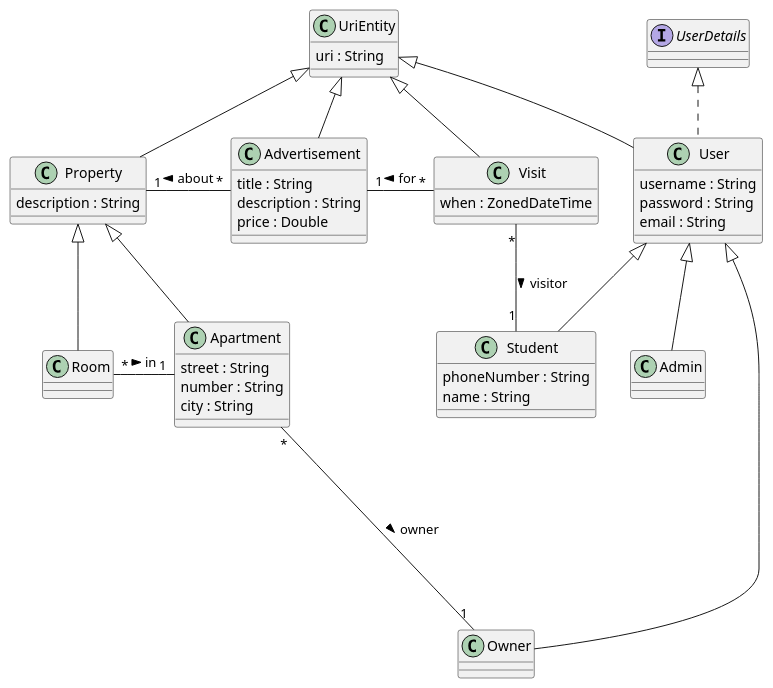
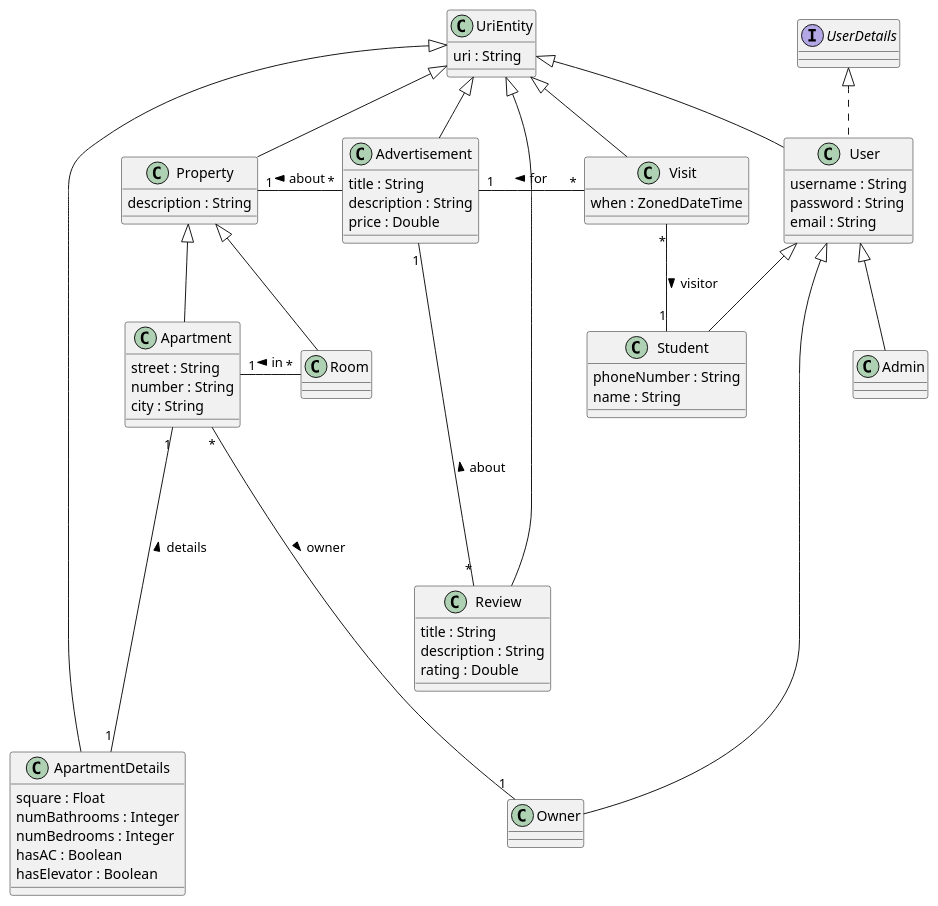
Before and after one commit to UdL-EPS-SoftArch/myapartments-api: the diagram in EntitiesModel.puml, drawn with PlantUML. The commit also changed 1 other file, not shown here.

Commit message:
Update entities model with Review and ApartmentDetails

```diff
--- a/EntitiesModel.puml
+++ b/EntitiesModel.puml
@@ -1,48 +1,64 @@
 @startuml
-
-class User extends UriEntity implements UserDetails {
-    username : String
-    password : String
-    email : String
-}
 
 class UriEntity {
     uri : String
 }
 
-class Admin extends User {}
-class Student extends User {
-    phoneNumber : String
-    name : String
-}
-class Owner extends User {}
-
 class Property extends UriEntity {
     description : String
+}
+
+class ApartmentDetails extends UriEntity{
+    square : Float
+    numBathrooms : Integer
+    numBedrooms : Integer
+    hasAC : Boolean
+    hasElevator : Boolean
 }
 
 class Apartment extends Property {
     street : String
     number : String
     city : String
 }
 Owner "1" --up-- "*" Apartment : owner <
+Apartment "1" --down-- "1" ApartmentDetails : details <
 
 class Room extends Property {
 }
-Apartment "1" --left-- "*" Room : in <
+Apartment "1" --right-- "*" Room : in <
 
 class Advertisement extends UriEntity {
     title : String
     description : String
     price : Double
 }
 Property "1" --right-- "*" Advertisement : about <
 
 class Visit extends UriEntity {
     when : ZonedDateTime
 }
 Advertisement "1" --right-- "*" Visit : for <
 Student "1" --left-- "*" Visit : visitor <
 
+class Review extends UriEntity {
+    title : String
+    description : String
+    rating : Double
+}
+Advertisement "1" --down-- "*" Review : about <
+
+class User extends UriEntity implements UserDetails {
+    username : String
+    password : String
+    email : String
+}
+
+class Admin extends User {}
+class Student extends User {
+    phoneNumber : String
+    name : String
+}
+class Owner extends User {}
+
 @enduml
```
